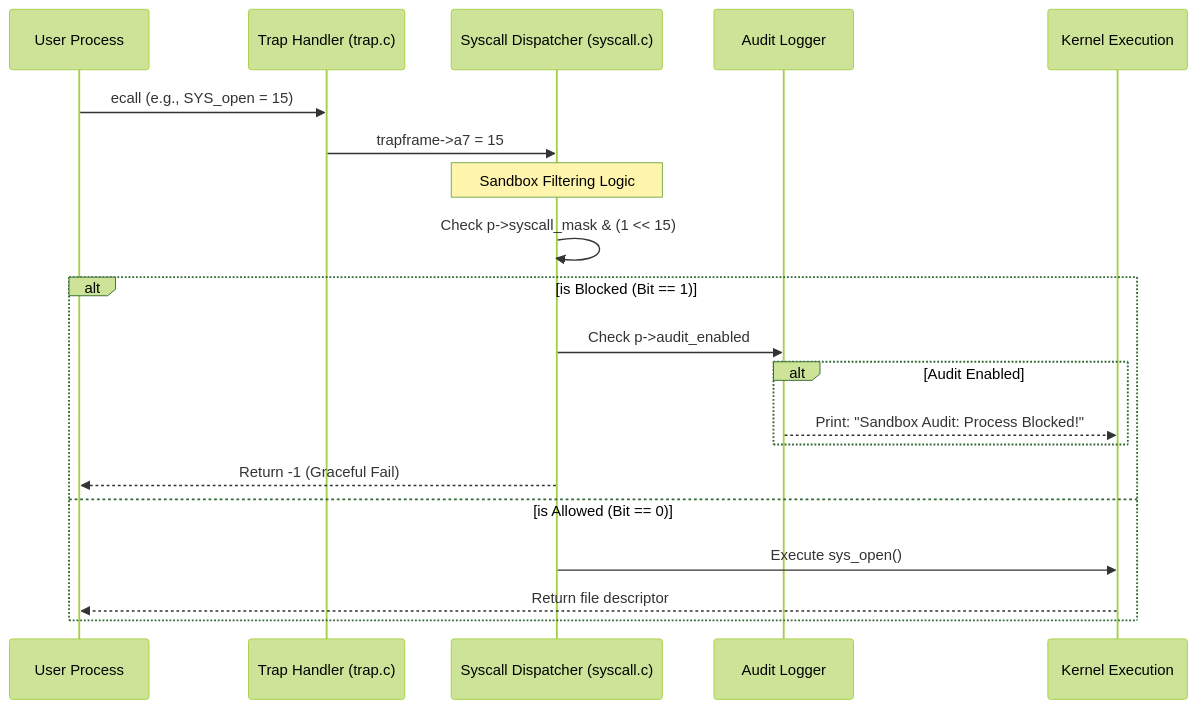
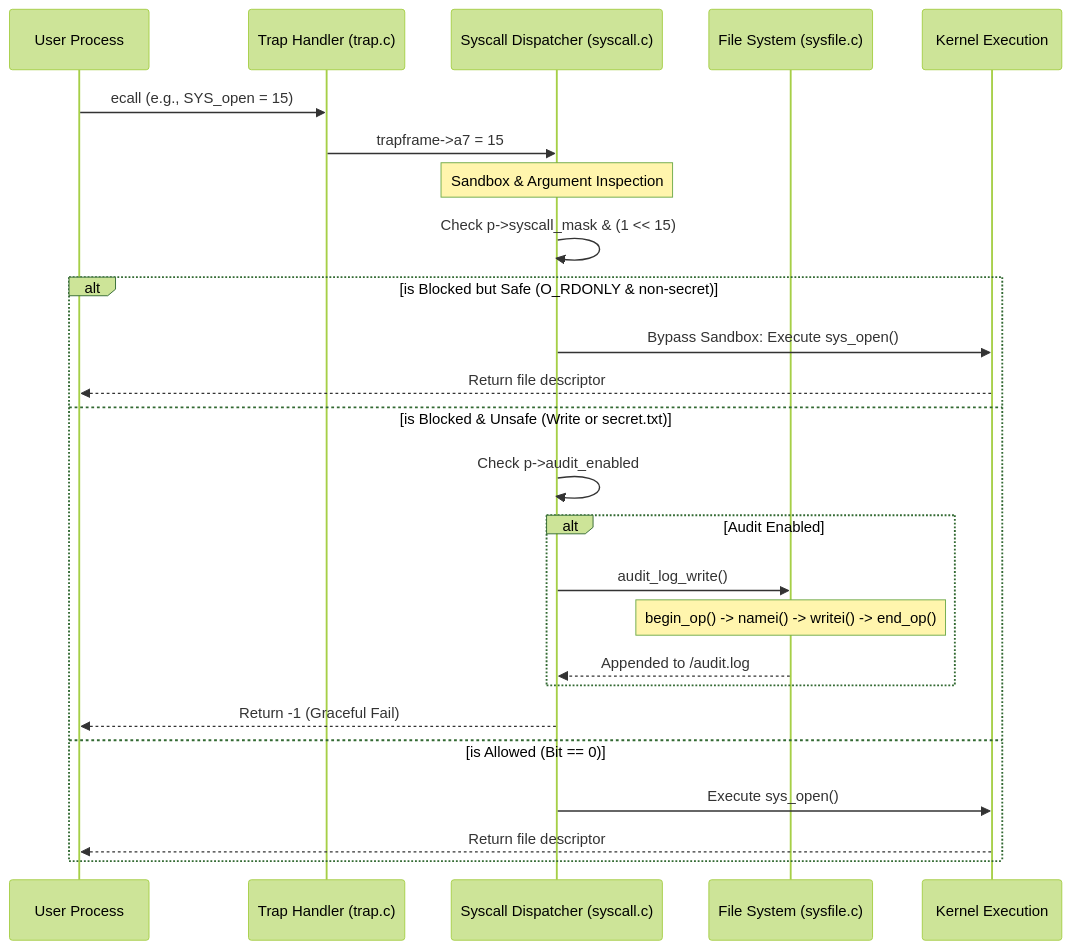
One commit to SangNmd2004/xv6-syscall-filter changed the first of 2 diagrams in README.md. Above: the diagram before and after it, drawn with Mermaid (forest theme). The commit also changed other lines of this file, not shown here.

Commit message:
Update README with Advanced Sandbox features

````diff
--- a/README.md
+++ b/README.md
@@ -60,25 +62,30 @@
 ```mermaid
 sequenceDiagram
     participant UserProcess as User Process
     participant Trap as Trap Handler (trap.c)
     participant SyscallDispatcher as Syscall Dispatcher (syscall.c)
-    participant Audit as Audit Logger
+    participant FS as File System (sysfile.c)
     participant Kernel as Kernel Execution
 
     UserProcess->>Trap: ecall (e.g., SYS_open = 15)
     Trap->>SyscallDispatcher: trapframe->a7 = 15
     
-    Note over SyscallDispatcher: Sandbox Filtering Logic
+    Note over SyscallDispatcher: Sandbox & Argument Inspection
     SyscallDispatcher->>SyscallDispatcher: Check p->syscall_mask & (1 << 15)
     
-    alt is Blocked (Bit == 1)
-        SyscallDispatcher->>Audit: Check p->audit_enabled
+    alt is Blocked but Safe (O_RDONLY & non-secret)
+        SyscallDispatcher->>Kernel: Bypass Sandbox: Execute sys_open()
+        Kernel-->>UserProcess: Return file descriptor
+    else is Blocked & Unsafe (Write or secret.txt)
+        SyscallDispatcher->>SyscallDispatcher: Check p->audit_enabled
         alt Audit Enabled
-            Audit-->>Kernel: Print: "Sandbox Audit: Process Blocked!"
+            SyscallDispatcher->>FS: audit_log_write()
+            Note over FS: begin_op() -> namei() -> writei() -> end_op()
+            FS-->>SyscallDispatcher: Appended to /audit.log
         end
         SyscallDispatcher-->>UserProcess: Return -1 (Graceful Fail)
     else is Allowed (Bit == 0)
         SyscallDispatcher->>Kernel: Execute sys_open()
         Kernel-->>UserProcess: Return file descriptor
     end
 ```
````
